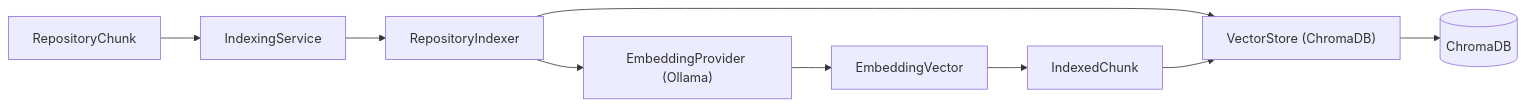
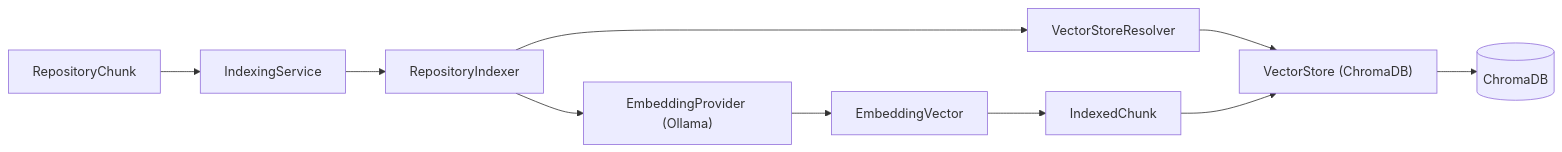
The fourth of 9 diagrams in docs/architecture/diagrams/README.md (Smit-whitespace/repository-intelligence-platform), drawn with Mermaid before and after one commit. The commit also changed other lines of this file and 75 other files, not shown here.

````diff
--- a/docs/architecture/diagrams/README.md
+++ b/docs/architecture/diagrams/README.md
@@ -76,11 +77,12 @@
 ```mermaid
 graph LR
     RC["RepositoryChunk"] --> IS["IndexingService"]
     IS --> IX["RepositoryIndexer"]
     IX --> EP["EmbeddingProvider (Ollama)"]
-    IX --> VS["VectorStore (ChromaDB)"]
+    IX --> VR["VectorStoreResolver"]
+    VR --> VS["VectorStore (ChromaDB)"]
     EP --> EMB["EmbeddingVector"]
     EMB --> IC["IndexedChunk"]
     IC --> VS
     VS --> DB[("ChromaDB")]
 ```
````
